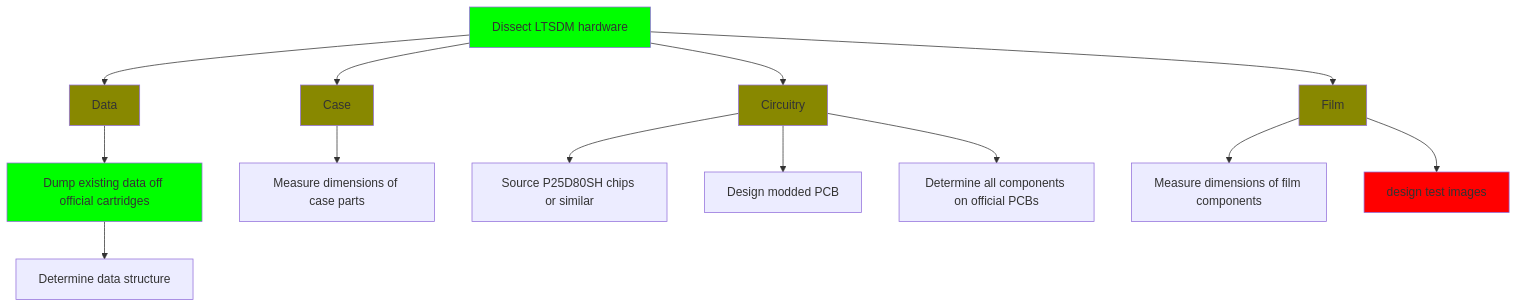
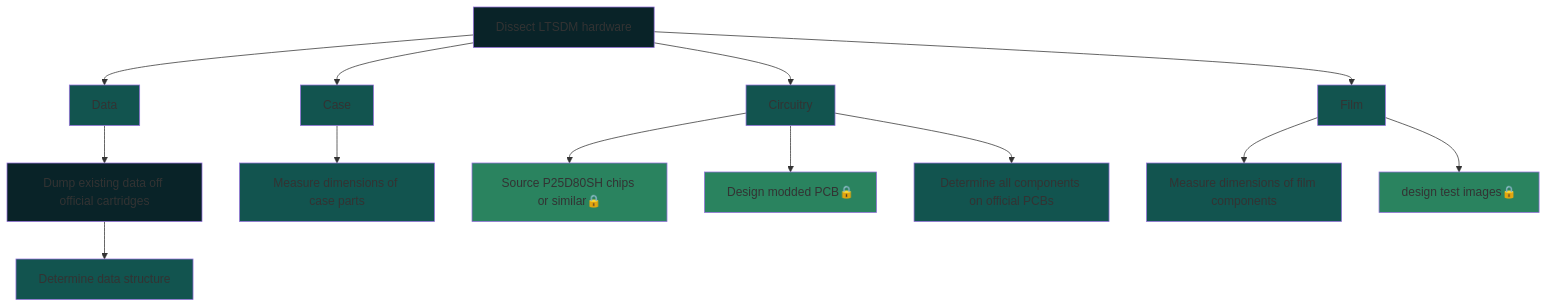
One commit to mtkimmins/LTSDM_hack changed the diagram in README.md. Above: the diagram before and after it, drawn with Mermaid. The commit also changed other lines of this file, not shown here.

````diff
--- a/README.md
+++ b/README.md
@@ -57,29 +57,29 @@
 ```mermaid
 graph TD
 A[Dissect LTSDM hardware]-->B[Data]
 A-->C[Case]
 A-->D[Circuitry]
 A-->E[Film]
 
 B-->BA[Dump existing data off official cartridges]
 BA-->BB[Determine data structure]
 
 C-->CA[Measure dimensions of case parts]
 
-D-->DA[Source P25D80SH chips or similar]
-D-->DB[Design modded PCB]
+D-->DA[Source P25D80SH chips or similar🔒]
+D-->DB[Design modded PCB🔒]
 D-->DC[Determine all components on official PCBs]
 
 E-->EA[Measure dimensions of film components]
-E-->EB[design test images]
+E-->EB[design test images🔒]
 
 %% STYLE DEFINITIONS
-classDef done fill:#00ff00
-classDef prog fill:#888800
-classDef lock fill:#ff0000
+classDef done fill:#092328
+classDef prog fill:#12544F
+classDef lock fill:#2A835F
 
 %% STYLE ASSIGNMENTS
 class A,BA done;
-class B,C,D,E prog;
-class EB lock;
+class B,C,D,E,BB,CA,DC,EA prog;
+class DA,DB,EB lock;
 ```
````
